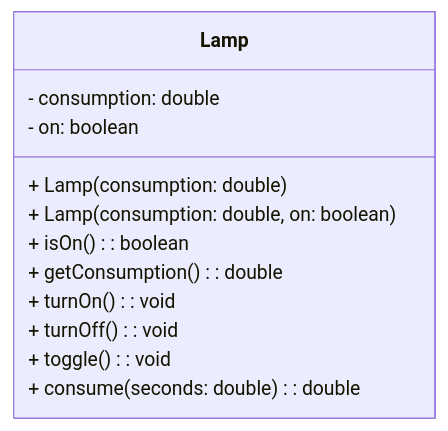
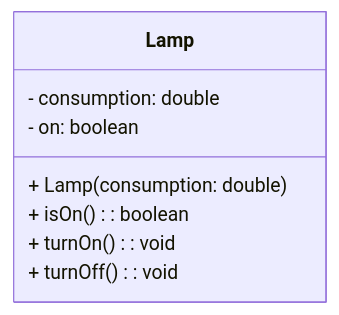
Before and after one commit to joapuiib/mkdocs-material-joapuiib: the diagram in docs/features/examen.md, drawn with Mermaid. The commit also changed other lines of this file and 27 other files, not shown here.

````diff
--- a/docs/features/examen.md
+++ b/docs/features/examen.md
@@ -25,15 +53,11 @@
 ```mermaid
 classDiagram
     class Lamp {
         - consumption: double
         - on: boolean
         + Lamp(consumption: double)
-        + Lamp(consumption: double, on: boolean)
         + isOn(): boolean
-        + getConsumption(): double
         + turnOn(): void
         + turnOff(): void
-        + toggle(): void
-        + consume(seconds: double): double
     }
 ```
````
